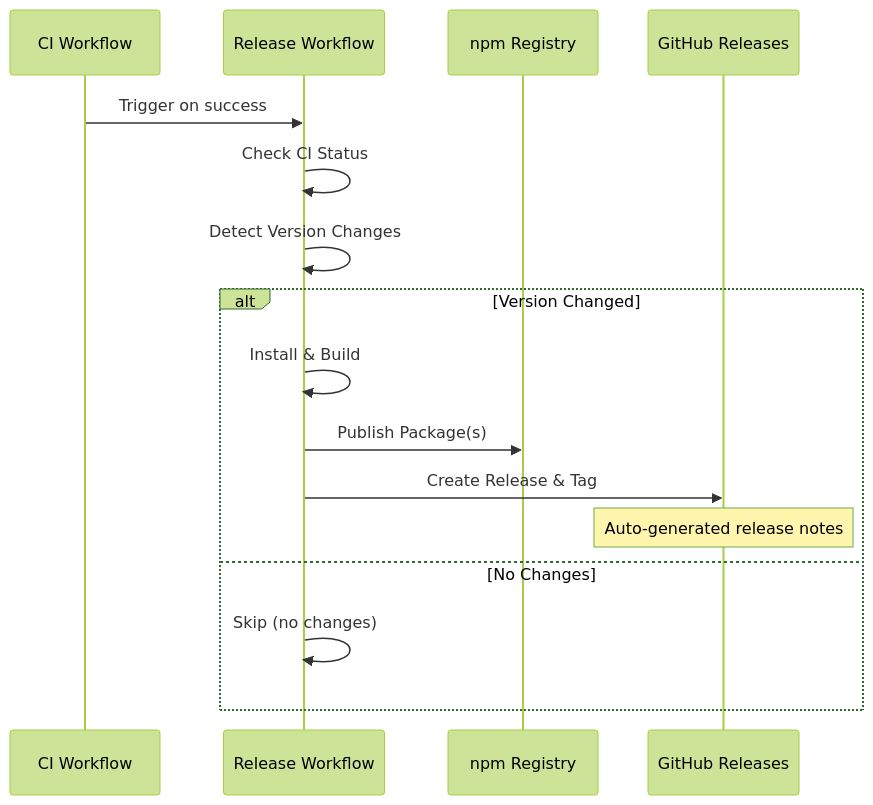
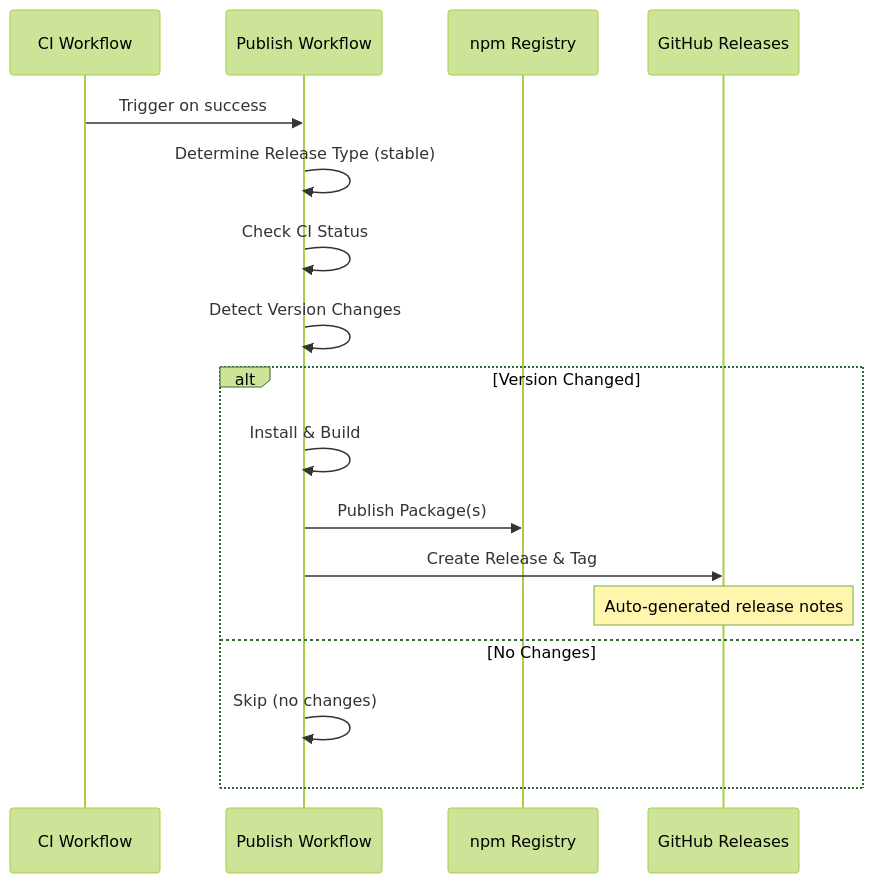
The fourth of 5 diagrams in .github/WORKFLOWS.md (iress/design-system), drawn with Mermaid (forest theme) before and after one commit. The commit also changed other lines of this file and 4 other files, not shown here.

First line of the commit message:
chore(ci): add release and publish scripts for canary and stable versions (#72)

````diff
--- a/.github/WORKFLOWS.md
+++ b/.github/WORKFLOWS.md
@@ -115,19 +149,20 @@
 ```mermaid
 sequenceDiagram
     participant CI as CI Workflow
-    participant R as Release Workflow
+    participant P as Publish Workflow
     participant NPM as npm Registry
     participant GH as GitHub Releases
 
-    CI->>R: Trigger on success
-    R->>R: Check CI Status
-    R->>R: Detect Version Changes
+    CI->>P: Trigger on success
+    P->>P: Determine Release Type (stable)
+    P->>P: Check CI Status
+    P->>P: Detect Version Changes
     alt Version Changed
-        R->>R: Install & Build
-        R->>NPM: Publish Package(s)
-        R->>GH: Create Release & Tag
+        P->>P: Install & Build
+        P->>NPM: Publish Package(s)
+        P->>GH: Create Release & Tag
         Note over GH: Auto-generated release notes
     else No Changes
-        R->>R: Skip (no changes)
+        P->>P: Skip (no changes)
     end
 ```
````
